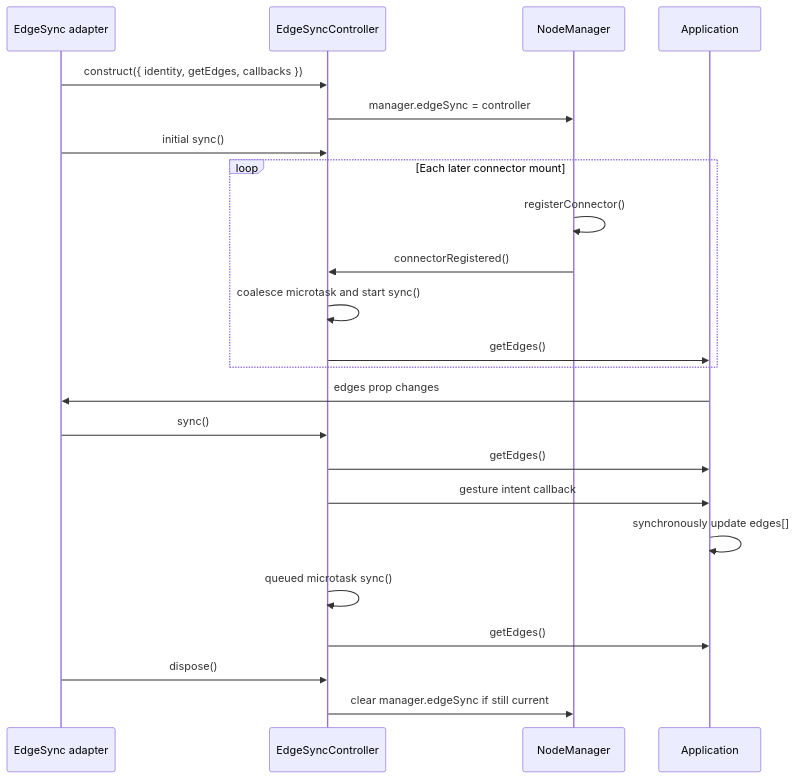
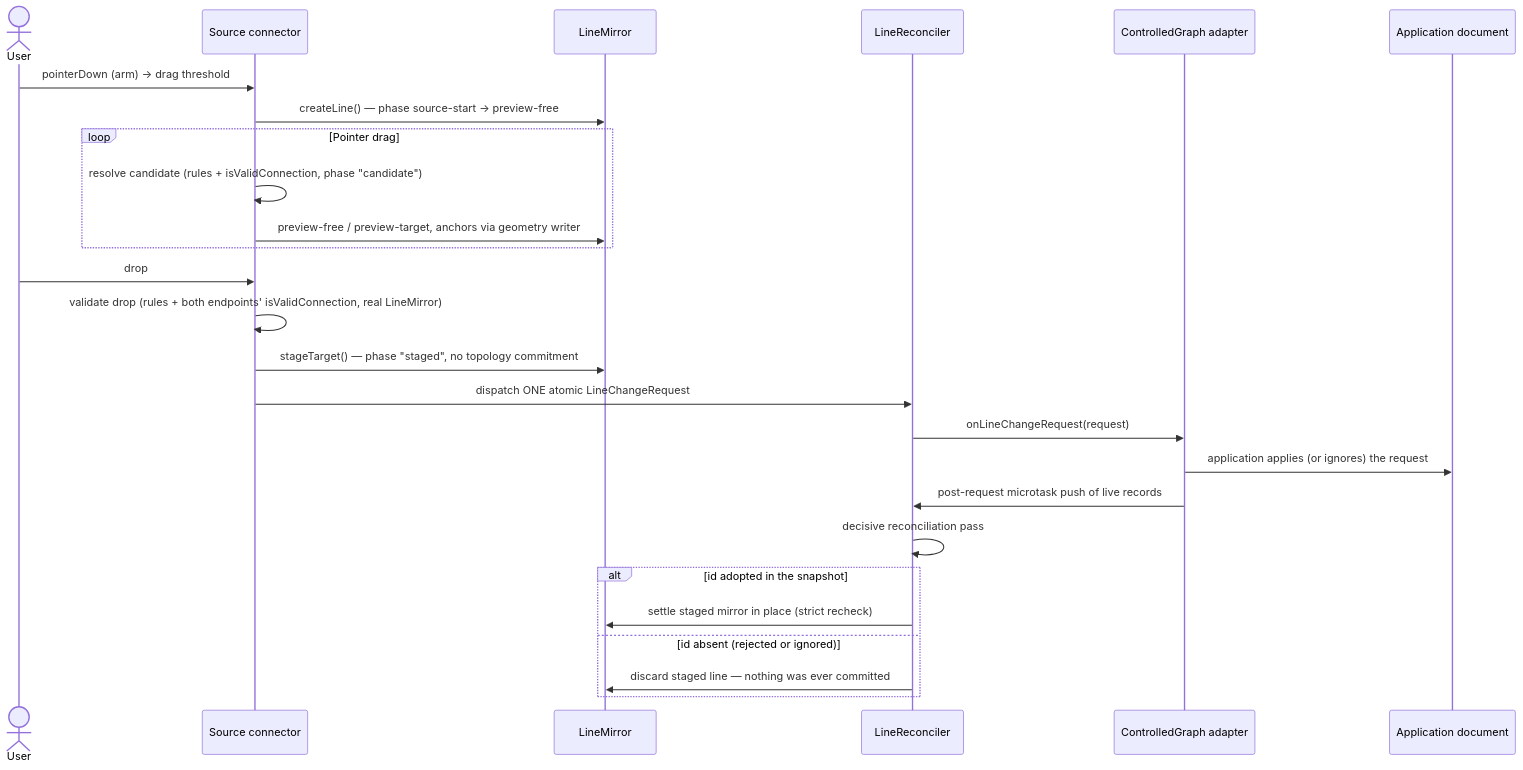
The second of 3 diagrams in docs/snapline/design/current-architecture.md (tfukaza/SnapLineJS), drawn with Mermaid before and after one commit. The commit also changed other lines of this file and 16 other files, not shown here.

First line of the commit message:
docs: Phase 5c — full accuracy pass onto the final architecture

````diff
--- a/docs/snapline/design/current-architecture.md
+++ b/docs/snapline/design/current-architecture.md
@@ -455,30 +117,29 @@
 ```mermaid
 sequenceDiagram
-  participant Adapter as EdgeSync adapter
-  participant Controller as EdgeSyncController
-  participant Manager as NodeManager
-  participant App as Application
+  actor User
+  participant Conn as Source connector
+  participant Line as LineMirror
+  participant Rec as LineReconciler
+  participant Adapter as ControlledGraph adapter
+  participant App as Application document
 
-  Adapter->>Controller: construct({ identity, getEdges, callbacks })
-  Controller->>Manager: manager.edgeSync = controller
-  Adapter->>Controller: initial sync()
-
-  loop Each later connector mount
-    Manager->>Manager: registerConnector()
-    Manager->>Controller: connectorRegistered()
-    Controller->>Controller: coalesce microtask and start sync()
-    Controller->>App: getEdges()
+  User->>Conn: pointerDown (arm) → drag threshold
+  Conn->>Line: createLine() — phase source-start → preview-free
+  loop Pointer drag
+    Conn->>Conn: resolve candidate (rules + isValidConnection, phase "candidate")
+    Conn->>Line: preview-free / preview-target, anchors via geometry writer
   end
-
-  App->>Adapter: edges prop changes
-  Adapter->>Controller: sync()
-  Controller->>App: getEdges()
-
-  Controller->>App: gesture intent callback
-  App->>App: synchronously update edges[]
-  Controller->>Controller: queued microtask sync()
-  Controller->>App: getEdges()
-
-  Adapter->>Controller: dispose()
-  Controller->>Manager: clear manager.edgeSync if still current
+  User->>Conn: drop
+  Conn->>Conn: validate drop (rules + both endpoints' isValidConnection, real LineMirror)
+  Conn->>Line: stageTarget() — phase "staged", no topology commitment
+  Conn->>Rec: dispatch ONE atomic LineChangeRequest
+  Rec->>Adapter: onLineChangeRequest(request)
+  Adapter->>App: application applies (or ignores) the request
+  Adapter->>Rec: post-request microtask push of live records
+  Rec->>Rec: decisive reconciliation pass
+  alt id adopted in the snapshot
+    Rec->>Line: settle staged mirror in place (strict recheck)
+  else id absent (rejected or ignored)
+    Rec->>Line: discard staged line — nothing was ever committed
+  end
 ```
````
